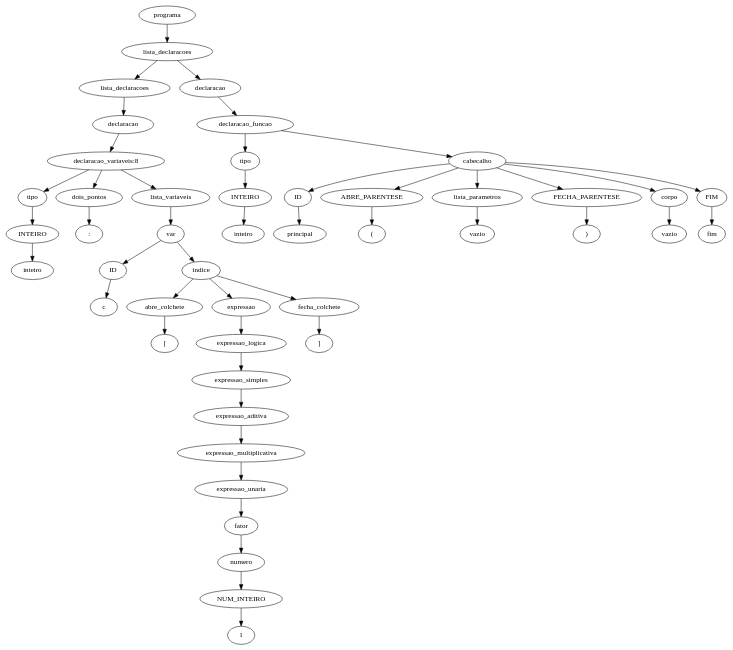
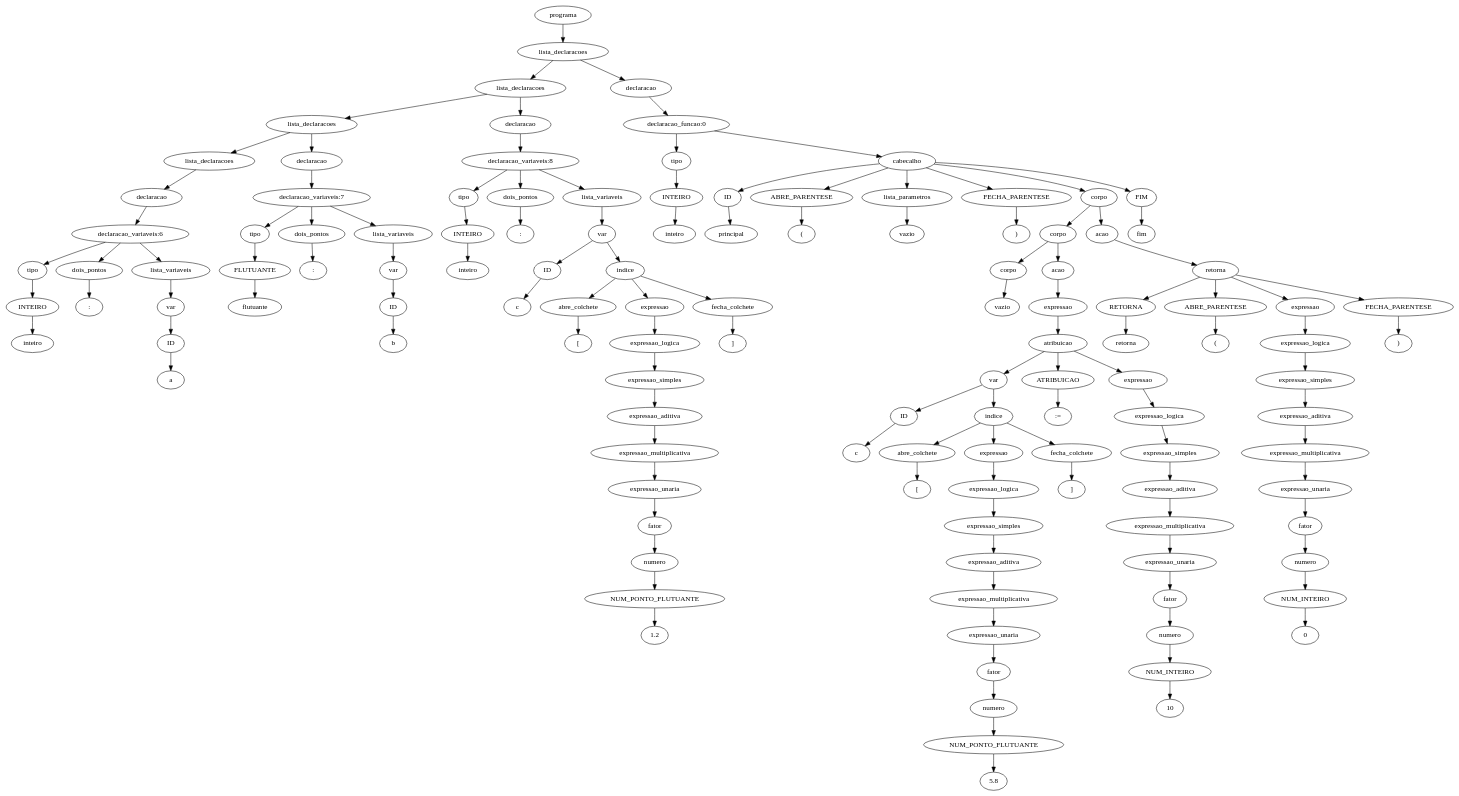
Before and after one commit to JuanFSR/Compiladores: the diagram in 7.AnaliseSemantica/implementacao/semantica-testes/sema-002.tpp.unique.ast.dot, drawn with Graphviz. The commit also changed 14 other files, not shown here.

```diff
--- a/7.AnaliseSemantica/implementacao/semantica-testes/sema-002.tpp.unique.ast.dot
+++ b/7.AnaliseSemantica/implementacao/semantica-testes/sema-002.tpp.unique.ast.dot
@@ -1,95 +1,249 @@
 digraph tree {
-    "0x7fcead3c8280" [label="programa"];
-    "0x7fceac78ed00" [label="lista_declaracoes"];
-    "0x7fceac78e9d0" [label="lista_declaracoes"];
-    "0x7fcead3d3760" [label="declaracao"];
-    "0x7fceac78ea00" [label="declaracao_variaveis:8"];
-    "0x7fceac78e8b0" [label="tipo"];
-    "0x7fceac78e910" [label="INTEIRO"];
-    "0x7fceac78e970" [label="inteiro"];
-    "0x7fceac78ee20" [label="dois_pontos"];
-    "0x7fceac78e8e0" [label=":"];
-    "0x7fceac78e9a0" [label="lista_variaveis"];
-    "0x7fceac78ea30" [label="var"];
-    "0x7fceac78ec40" [label="ID"];
-    "0x7fceac78ecd0" [label="c"];
-    "0x7fceac78ec10" [label="indice"];
-    "0x7fceac78eca0" [label="abre_colchete"];
-    "0x7fceac78ed90" [label="["];
-    "0x7fceac78ebe0" [label="expressao"];
-    "0x7fceac78ebb0" [label="expressao_logica"];
-    "0x7fceac78eb20" [label="expressao_simples"];
-    "0x7fceac78ea90" [label="expressao_aditiva"];
-    "0x7fceac78eb80" [label="expressao_multiplicativa"];
-    "0x7fceac78e940" [label="expressao_unaria"];
-    "0x7fceac78ea60" [label="fator"];
-    "0x7fceef30c3d0" [label="numero"];
-    "0x7fceac764eb0" [label="NUM_INTEIRO"];
-    "0x7fceac78eb50" [label="1"];
-    "0x7fceac78edc0" [label="fecha_colchete"];
-    "0x7fceac78edf0" [label="]"];
-    "0x7fceac78ec70" [label="declaracao"];
-    "0x7fceac78e730" [label="declaracao_funcao"];
-    "0x7fceac78eac0" [label="tipo"];
-    "0x7fceac78ee50" [label="INTEIRO"];
-    "0x7fceac78ed30" [label="inteiro"];
-    "0x7fceac7220d0" [label="cabecalho"];
-    "0x7fceac722250" [label="ID"];
-    "0x7fceac722280" [label="principal"];
-    "0x7fceac7222b0" [label="ABRE_PARENTESE"];
-    "0x7fceac7222e0" [label="("];
-    "0x7fceac722040" [label="lista_parametros"];
-    "0x7fceac78ed60" [label="vazio"];
-    "0x7fceac722310" [label="FECHA_PARENTESE"];
-    "0x7fceac722340" [label=")"];
-    "0x7fceac722160" [label="corpo"];
-    "0x7fceac78eeb0" [label="vazio"];
-    "0x7fceac722370" [label="FIM"];
-    "0x7fceac7223a0" [label="fim"];
-    "0x7fcead3c8280" -> "0x7fceac78ed00";
-    "0x7fceac78ed00" -> "0x7fceac78e9d0";
-    "0x7fceac78ed00" -> "0x7fceac78ec70";
-    "0x7fceac78e9d0" -> "0x7fcead3d3760";
-    "0x7fcead3d3760" -> "0x7fceac78ea00";
-    "0x7fceac78ea00" -> "0x7fceac78e8b0";
-    "0x7fceac78ea00" -> "0x7fceac78ee20";
-    "0x7fceac78ea00" -> "0x7fceac78e9a0";
-    "0x7fceac78e8b0" -> "0x7fceac78e910";
-    "0x7fceac78e910" -> "0x7fceac78e970";
-    "0x7fceac78ee20" -> "0x7fceac78e8e0";
-    "0x7fceac78e9a0" -> "0x7fceac78ea30";
-    "0x7fceac78ea30" -> "0x7fceac78ec40";
-    "0x7fceac78ea30" -> "0x7fceac78ec10";
-    "0x7fceac78ec40" -> "0x7fceac78ecd0";
-    "0x7fceac78ec10" -> "0x7fceac78eca0";
-    "0x7fceac78ec10" -> "0x7fceac78ebe0";
-    "0x7fceac78ec10" -> "0x7fceac78edc0";
-    "0x7fceac78eca0" -> "0x7fceac78ed90";
-    "0x7fceac78ebe0" -> "0x7fceac78ebb0";
-    "0x7fceac78ebb0" -> "0x7fceac78eb20";
-    "0x7fceac78eb20" -> "0x7fceac78ea90";
-    "0x7fceac78ea90" -> "0x7fceac78eb80";
-    "0x7fceac78eb80" -> "0x7fceac78e940";
-    "0x7fceac78e940" -> "0x7fceac78ea60";
-    "0x7fceac78ea60" -> "0x7fceef30c3d0";
-    "0x7fceef30c3d0" -> "0x7fceac764eb0";
-    "0x7fceac764eb0" -> "0x7fceac78eb50";
-    "0x7fceac78edc0" -> "0x7fceac78edf0";
-    "0x7fceac78ec70" -> "0x7fceac78e730";
-    "0x7fceac78e730" -> "0x7fceac78eac0";
-    "0x7fceac78e730" -> "0x7fceac7220d0";
-    "0x7fceac78eac0" -> "0x7fceac78ee50";
-    "0x7fceac78ee50" -> "0x7fceac78ed30";
-    "0x7fceac7220d0" -> "0x7fceac722250";
-    "0x7fceac7220d0" -> "0x7fceac7222b0";
-    "0x7fceac7220d0" -> "0x7fceac722040";
-    "0x7fceac7220d0" -> "0x7fceac722310";
-    "0x7fceac7220d0" -> "0x7fceac722160";
-    "0x7fceac7220d0" -> "0x7fceac722370";
-    "0x7fceac722250" -> "0x7fceac722280";
-    "0x7fceac7222b0" -> "0x7fceac7222e0";
-    "0x7fceac722040" -> "0x7fceac78ed60";
-    "0x7fceac722310" -> "0x7fceac722340";
-    "0x7fceac722160" -> "0x7fceac78eeb0";
-    "0x7fceac722370" -> "0x7fceac7223a0";
+    "0x7f5c901e0b50" [label="programa"];
+    "0x7f5c90171d30" [label="lista_declaracoes"];
+    "0x7f5c901e0df0" [label="lista_declaracoes"];
+    "0x7f5c901e0c70" [label="lista_declaracoes"];
+    "0x7f5c901e0a60" [label="lista_declaracoes"];
+    "0x7f5c90e227f0" [label="declaracao"];
+    "0x7f5c901e09d0" [label="declaracao_variaveis:6"];
+    "0x7f5c901e0940" [label="tipo"];
+    "0x7f5c901e09a0" [label="INTEIRO"];
+    "0x7f5c901e0a00" [label="inteiro"];
+    "0x7f5c901e0ac0" [label="dois_pontos"];
+    "0x7f5c901e0970" [label=":"];
+    "0x7f5c901e0a30" [label="lista_variaveis"];
+    "0x7f5c90e19310" [label="var"];
+    "0x7f5cd2d5d460" [label="ID"];
+    "0x7f5c901e0b20" [label="a"];
+    "0x7f5c901e0bb0" [label="declaracao"];
+    "0x7f5c901e0d30" [label="declaracao_variaveis:7"];
+    "0x7f5c901e0be0" [label="tipo"];
+    "0x7f5c901e0c10" [label="FLUTUANTE"];
+    "0x7f5c901e0c40" [label="flutuante"];
+    "0x7f5c901e0e50" [label="dois_pontos"];
+    "0x7f5c901e0e80" [label=":"];
+    "0x7f5c901e0ca0" [label="lista_variaveis"];
+    "0x7f5c901e0af0" [label="var"];
+    "0x7f5c901e0a90" [label="ID"];
+    "0x7f5c901e0d90" [label="b"];
+    "0x7f5c901e0eb0" [label="declaracao"];
+    "0x7f5c901713d0" [label="declaracao_variaveis:8"];
+    "0x7f5c901b5f40" [label="tipo"];
+    "0x7f5c903f5a00" [label="INTEIRO"];
+    "0x7f5c901e0ee0" [label="inteiro"];
+    "0x7f5c901712b0" [label="dois_pontos"];
+    "0x7f5c90171070" [label=":"];
+    "0x7f5c901e0dc0" [label="lista_variaveis"];
+    "0x7f5c901e0f40" [label="var"];
+    "0x7f5c901e0f70" [label="ID"];
+    "0x7f5c901711c0" [label="c"];
+    "0x7f5c90171190" [label="indice"];
+    "0x7f5c90171220" [label="abre_colchete"];
+    "0x7f5c90171310" [label="["];
+    "0x7f5c90171160" [label="expressao"];
+    "0x7f5c90171130" [label="expressao_logica"];
+    "0x7f5c901710a0" [label="expressao_simples"];
+    "0x7f5c901e0fd0" [label="expressao_aditiva"];
+    "0x7f5c90171100" [label="expressao_multiplicativa"];
+    "0x7f5c901e0f10" [label="expressao_unaria"];
+    "0x7f5c901e0fa0" [label="fator"];
+    "0x7f5c901e0d60" [label="numero"];
+    "0x7f5c901e0d00" [label="NUM_PONTO_FLUTUANTE"];
+    "0x7f5c901710d0" [label="1.2"];
+    "0x7f5c90171340" [label="fecha_colchete"];
+    "0x7f5c90171370" [label="]"];
+    "0x7f5c901e0e20" [label="declaracao"];
+    "0x7f5c90171400" [label="declaracao_funcao:0"];
+    "0x7f5c901e0b80" [label="tipo"];
+    "0x7f5c901e07c0" [label="INTEIRO"];
+    "0x7f5c90171430" [label="inteiro"];
+    "0x7f5c90171a00" [label="cabecalho"];
+    "0x7f5c9017d220" [label="ID"];
+    "0x7f5c9017d250" [label="principal"];
+    "0x7f5c9017d0a0" [label="ABRE_PARENTESE"];
+    "0x7f5c9017d100" [label="("];
+    "0x7f5c90171550" [label="lista_parametros"];
+    "0x7f5c901712e0" [label="vazio"];
+    "0x7f5c9017d040" [label="FECHA_PARENTESE"];
+    "0x7f5c9017d280" [label=")"];
+    "0x7f5c90171fa0" [label="corpo"];
+    "0x7f5c90171d90" [label="corpo"];
+    "0x7f5c90171670" [label="corpo"];
+    "0x7f5c90171460" [label="vazio"];
+    "0x7f5c90171ca0" [label="acao"];
+    "0x7f5c90171af0" [label="expressao"];
+    "0x7f5c90171c40" [label="atribuicao"];
+    "0x7f5c901716d0" [label="var"];
+    "0x7f5c90171700" [label="ID"];
+    "0x7f5c90171910" [label="c"];
+    "0x7f5c901718e0" [label="indice"];
+    "0x7f5c90171970" [label="abre_colchete"];
+    "0x7f5c90171a60" [label="["];
+    "0x7f5c901718b0" [label="expressao"];
+    "0x7f5c90171880" [label="expressao_logica"];
+    "0x7f5c901717f0" [label="expressao_simples"];
+    "0x7f5c90171760" [label="expressao_aditiva"];
+    "0x7f5c90171850" [label="expressao_multiplicativa"];
+    "0x7f5c901716a0" [label="expressao_unaria"];
+    "0x7f5c90171730" [label="fator"];
+    "0x7f5c90171580" [label="numero"];
+    "0x7f5c901715e0" [label="NUM_PONTO_FLUTUANTE"];
+    "0x7f5c90171820" [label="5.8"];
+    "0x7f5c90171a90" [label="fecha_colchete"];
+    "0x7f5c90171ac0" [label="]"];
+    "0x7f5c90171cd0" [label="ATRIBUICAO"];
+    "0x7f5c90171d60" [label=":="];
+    "0x7f5c90171c10" [label="expressao"];
+    "0x7f5c90171be0" [label="expressao_logica"];
+    "0x7f5c90171b80" [label="expressao_simples"];
+    "0x7f5c901717c0" [label="expressao_aditiva"];
+    "0x7f5c90171a30" [label="expressao_multiplicativa"];
+    "0x7f5c901719a0" [label="expressao_unaria"];
+    "0x7f5c90171790" [label="fator"];
+    "0x7f5c90171610" [label="numero"];
+    "0x7f5c901715b0" [label="NUM_INTEIRO"];
+    "0x7f5c90171940" [label="10"];
+    "0x7f5c90171bb0" [label="acao"];
+    "0x7f5c90171f40" [label="retorna"];
+    "0x7f5c90171fd0" [label="RETORNA"];
+    "0x7f5c9017d130" [label="retorna"];
+    "0x7f5c9017d160" [label="ABRE_PARENTESE"];
+    "0x7f5c9017d190" [label="("];
+    "0x7f5c90171f10" [label="expressao"];
+    "0x7f5c90171ee0" [label="expressao_logica"];
+    "0x7f5c90171eb0" [label="expressao_simples"];
+    "0x7f5c90171e20" [label="expressao_aditiva"];
+    "0x7f5c901719d0" [label="expressao_multiplicativa"];
+    "0x7f5c90171dc0" [label="expressao_unaria"];
+    "0x7f5c90171df0" [label="fator"];
+    "0x7f5c901714f0" [label="numero"];
+    "0x7f5c90171640" [label="NUM_INTEIRO"];
+    "0x7f5c90171b20" [label="0"];
+    "0x7f5c9017d1c0" [label="FECHA_PARENTESE"];
+    "0x7f5c9017d1f0" [label=")"];
+    "0x7f5c9017d2b0" [label="FIM"];
+    "0x7f5c9017d2e0" [label="fim"];
+    "0x7f5c901e0b50" -> "0x7f5c90171d30";
+    "0x7f5c90171d30" -> "0x7f5c901e0df0";
+    "0x7f5c90171d30" -> "0x7f5c901e0e20";
+    "0x7f5c901e0df0" -> "0x7f5c901e0c70";
+    "0x7f5c901e0df0" -> "0x7f5c901e0eb0";
+    "0x7f5c901e0c70" -> "0x7f5c901e0a60";
+    "0x7f5c901e0c70" -> "0x7f5c901e0bb0";
+    "0x7f5c901e0a60" -> "0x7f5c90e227f0";
+    "0x7f5c90e227f0" -> "0x7f5c901e09d0";
+    "0x7f5c901e09d0" -> "0x7f5c901e0940";
+    "0x7f5c901e09d0" -> "0x7f5c901e0ac0";
+    "0x7f5c901e09d0" -> "0x7f5c901e0a30";
+    "0x7f5c901e0940" -> "0x7f5c901e09a0";
+    "0x7f5c901e09a0" -> "0x7f5c901e0a00";
+    "0x7f5c901e0ac0" -> "0x7f5c901e0970";
+    "0x7f5c901e0a30" -> "0x7f5c90e19310";
+    "0x7f5c90e19310" -> "0x7f5cd2d5d460";
+    "0x7f5cd2d5d460" -> "0x7f5c901e0b20";
+    "0x7f5c901e0bb0" -> "0x7f5c901e0d30";
+    "0x7f5c901e0d30" -> "0x7f5c901e0be0";
+    "0x7f5c901e0d30" -> "0x7f5c901e0e50";
+    "0x7f5c901e0d30" -> "0x7f5c901e0ca0";
+    "0x7f5c901e0be0" -> "0x7f5c901e0c10";
+    "0x7f5c901e0c10" -> "0x7f5c901e0c40";
+    "0x7f5c901e0e50" -> "0x7f5c901e0e80";
+    "0x7f5c901e0ca0" -> "0x7f5c901e0af0";
+    "0x7f5c901e0af0" -> "0x7f5c901e0a90";
+    "0x7f5c901e0a90" -> "0x7f5c901e0d90";
+    "0x7f5c901e0eb0" -> "0x7f5c901713d0";
+    "0x7f5c901713d0" -> "0x7f5c901b5f40";
+    "0x7f5c901713d0" -> "0x7f5c901712b0";
+    "0x7f5c901713d0" -> "0x7f5c901e0dc0";
+    "0x7f5c901b5f40" -> "0x7f5c903f5a00";
+    "0x7f5c903f5a00" -> "0x7f5c901e0ee0";
+    "0x7f5c901712b0" -> "0x7f5c90171070";
+    "0x7f5c901e0dc0" -> "0x7f5c901e0f40";
+    "0x7f5c901e0f40" -> "0x7f5c901e0f70";
+    "0x7f5c901e0f40" -> "0x7f5c90171190";
+    "0x7f5c901e0f70" -> "0x7f5c901711c0";
+    "0x7f5c90171190" -> "0x7f5c90171220";
+    "0x7f5c90171190" -> "0x7f5c90171160";
+    "0x7f5c90171190" -> "0x7f5c90171340";
+    "0x7f5c90171220" -> "0x7f5c90171310";
+    "0x7f5c90171160" -> "0x7f5c90171130";
+    "0x7f5c90171130" -> "0x7f5c901710a0";
+    "0x7f5c901710a0" -> "0x7f5c901e0fd0";
+    "0x7f5c901e0fd0" -> "0x7f5c90171100";
+    "0x7f5c90171100" -> "0x7f5c901e0f10";
+    "0x7f5c901e0f10" -> "0x7f5c901e0fa0";
+    "0x7f5c901e0fa0" -> "0x7f5c901e0d60";
+    "0x7f5c901e0d60" -> "0x7f5c901e0d00";
+    "0x7f5c901e0d00" -> "0x7f5c901710d0";
+    "0x7f5c90171340" -> "0x7f5c90171370";
+    "0x7f5c901e0e20" -> "0x7f5c90171400";
+    "0x7f5c90171400" -> "0x7f5c901e0b80";
+    "0x7f5c90171400" -> "0x7f5c90171a00";
+    "0x7f5c901e0b80" -> "0x7f5c901e07c0";
+    "0x7f5c901e07c0" -> "0x7f5c90171430";
+    "0x7f5c90171a00" -> "0x7f5c9017d220";
+    "0x7f5c90171a00" -> "0x7f5c9017d0a0";
+    "0x7f5c90171a00" -> "0x7f5c90171550";
+    "0x7f5c90171a00" -> "0x7f5c9017d040";
+    "0x7f5c90171a00" -> "0x7f5c90171fa0";
+    "0x7f5c90171a00" -> "0x7f5c9017d2b0";
+    "0x7f5c9017d220" -> "0x7f5c9017d250";
+    "0x7f5c9017d0a0" -> "0x7f5c9017d100";
+    "0x7f5c90171550" -> "0x7f5c901712e0";
+    "0x7f5c9017d040" -> "0x7f5c9017d280";
+    "0x7f5c90171fa0" -> "0x7f5c90171d90";
+    "0x7f5c90171fa0" -> "0x7f5c90171bb0";
+    "0x7f5c90171d90" -> "0x7f5c90171670";
+    "0x7f5c90171d90" -> "0x7f5c90171ca0";
+    "0x7f5c90171670" -> "0x7f5c90171460";
+    "0x7f5c90171ca0" -> "0x7f5c90171af0";
+    "0x7f5c90171af0" -> "0x7f5c90171c40";
+    "0x7f5c90171c40" -> "0x7f5c901716d0";
+    "0x7f5c90171c40" -> "0x7f5c90171cd0";
+    "0x7f5c90171c40" -> "0x7f5c90171c10";
+    "0x7f5c901716d0" -> "0x7f5c90171700";
+    "0x7f5c901716d0" -> "0x7f5c901718e0";
+    "0x7f5c90171700" -> "0x7f5c90171910";
+    "0x7f5c901718e0" -> "0x7f5c90171970";
+    "0x7f5c901718e0" -> "0x7f5c901718b0";
+    "0x7f5c901718e0" -> "0x7f5c90171a90";
+    "0x7f5c90171970" -> "0x7f5c90171a60";
+    "0x7f5c901718b0" -> "0x7f5c90171880";
+    "0x7f5c90171880" -> "0x7f5c901717f0";
+    "0x7f5c901717f0" -> "0x7f5c90171760";
+    "0x7f5c90171760" -> "0x7f5c90171850";
+    "0x7f5c90171850" -> "0x7f5c901716a0";
+    "0x7f5c901716a0" -> "0x7f5c90171730";
+    "0x7f5c90171730" -> "0x7f5c90171580";
+    "0x7f5c90171580" -> "0x7f5c901715e0";
+    "0x7f5c901715e0" -> "0x7f5c90171820";
+    "0x7f5c90171a90" -> "0x7f5c90171ac0";
+    "0x7f5c90171cd0" -> "0x7f5c90171d60";
+    "0x7f5c90171c10" -> "0x7f5c90171be0";
+    "0x7f5c90171be0" -> "0x7f5c90171b80";
+    "0x7f5c90171b80" -> "0x7f5c901717c0";
+    "0x7f5c901717c0" -> "0x7f5c90171a30";
+    "0x7f5c90171a30" -> "0x7f5c901719a0";
+    "0x7f5c901719a0" -> "0x7f5c90171790";
+    "0x7f5c90171790" -> "0x7f5c90171610";
+    "0x7f5c90171610" -> "0x7f5c901715b0";
+    "0x7f5c901715b0" -> "0x7f5c90171940";
+    "0x7f5c90171bb0" -> "0x7f5c90171f40";
+    "0x7f5c90171f40" -> "0x7f5c90171fd0";
+    "0x7f5c90171f40" -> "0x7f5c9017d160";
+    "0x7f5c90171f40" -> "0x7f5c90171f10";
+    "0x7f5c90171f40" -> "0x7f5c9017d1c0";
+    "0x7f5c90171fd0" -> "0x7f5c9017d130";
+    "0x7f5c9017d160" -> "0x7f5c9017d190";
+    "0x7f5c90171f10" -> "0x7f5c90171ee0";
+    "0x7f5c90171ee0" -> "0x7f5c90171eb0";
+    "0x7f5c90171eb0" -> "0x7f5c90171e20";
+    "0x7f5c90171e20" -> "0x7f5c901719d0";
+    "0x7f5c901719d0" -> "0x7f5c90171dc0";
+    "0x7f5c90171dc0" -> "0x7f5c90171df0";
+    "0x7f5c90171df0" -> "0x7f5c901714f0";
+    "0x7f5c901714f0" -> "0x7f5c90171640";
+    "0x7f5c90171640" -> "0x7f5c90171b20";
+    "0x7f5c9017d1c0" -> "0x7f5c9017d1f0";
+    "0x7f5c9017d2b0" -> "0x7f5c9017d2e0";
 }
```
